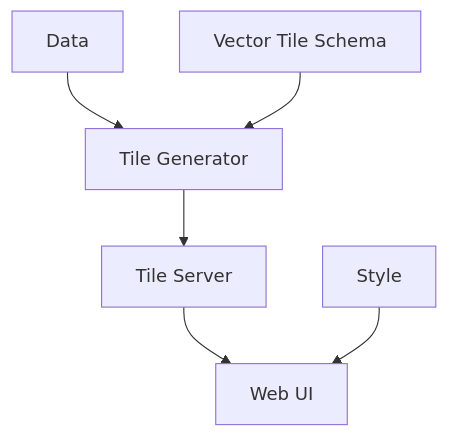
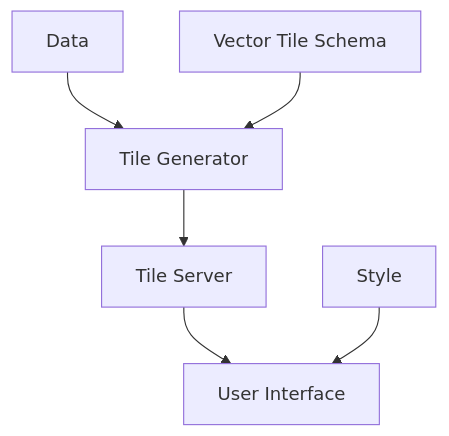
Before and after one commit to awesomephant/blog: the first of 2 diagrams in posts/everything-i-know-about-slippy-maps.md, drawn with Mermaid. The commit also changed other lines of this file, not shown here.

```diff
--- a/posts/everything-i-know-about-slippy-maps.md
+++ b/posts/everything-i-know-about-slippy-maps.md
@@ -17,12 +18,12 @@
 {% mermaid %}
 flowchart TB
 data["Data"]
 schema["Vector Tile Schema"]
 tile_gen["Tile Generator"]
-web["Web UI"]
+web["User Interface"]
 tile_server["Tile Server"]
 
 data --> tile_gen --> tile_server --> web
 schema --> tile_gen
 Style --> web
 {% endmermaid %}
```
